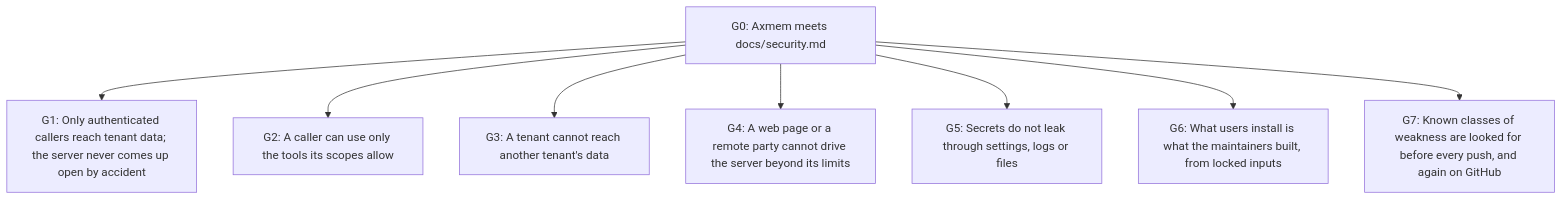
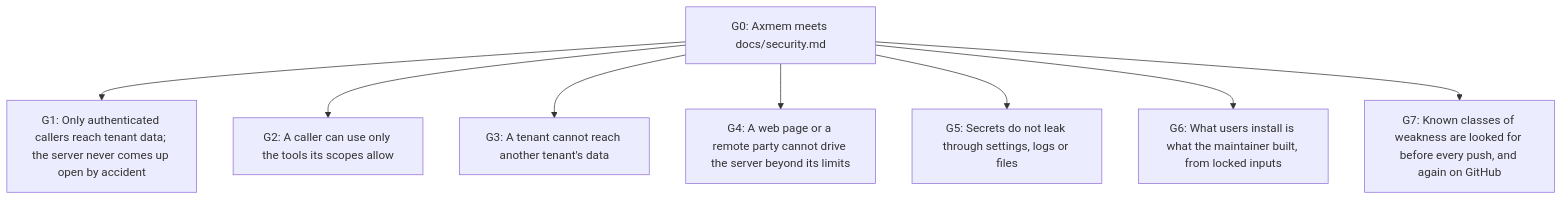
The second of 2 diagrams in docs/assurance-case.md (Axiumine/axmem), drawn with Mermaid before and after one commit. The commit also changed other lines of this file and 14 other files, not shown here.

````diff
--- a/docs/assurance-case.md
+++ b/docs/assurance-case.md
@@ -80,18 +80,18 @@
 ```mermaid
 flowchart TD
     G0["G0: Axmem meets docs/security.md"]
     G1["G1: Only authenticated callers reach tenant data; the server never comes up open by accident"]
     G2["G2: A caller can use only the tools its scopes allow"]
     G3["G3: A tenant cannot reach another tenant's data"]
     G4["G4: A web page or a remote party cannot drive the server beyond its limits"]
     G5["G5: Secrets do not leak through settings, logs or files"]
-    G6["G6: What users install is what the maintainers built, from locked inputs"]
+    G6["G6: What users install is what the maintainer built, from locked inputs"]
     G7["G7: Known classes of weakness are looked for before every push, and again on GitHub"]
     G0 --> G1
     G0 --> G2
     G0 --> G3
     G0 --> G4
     G0 --> G5
     G0 --> G6
     G0 --> G7
 ```
````
